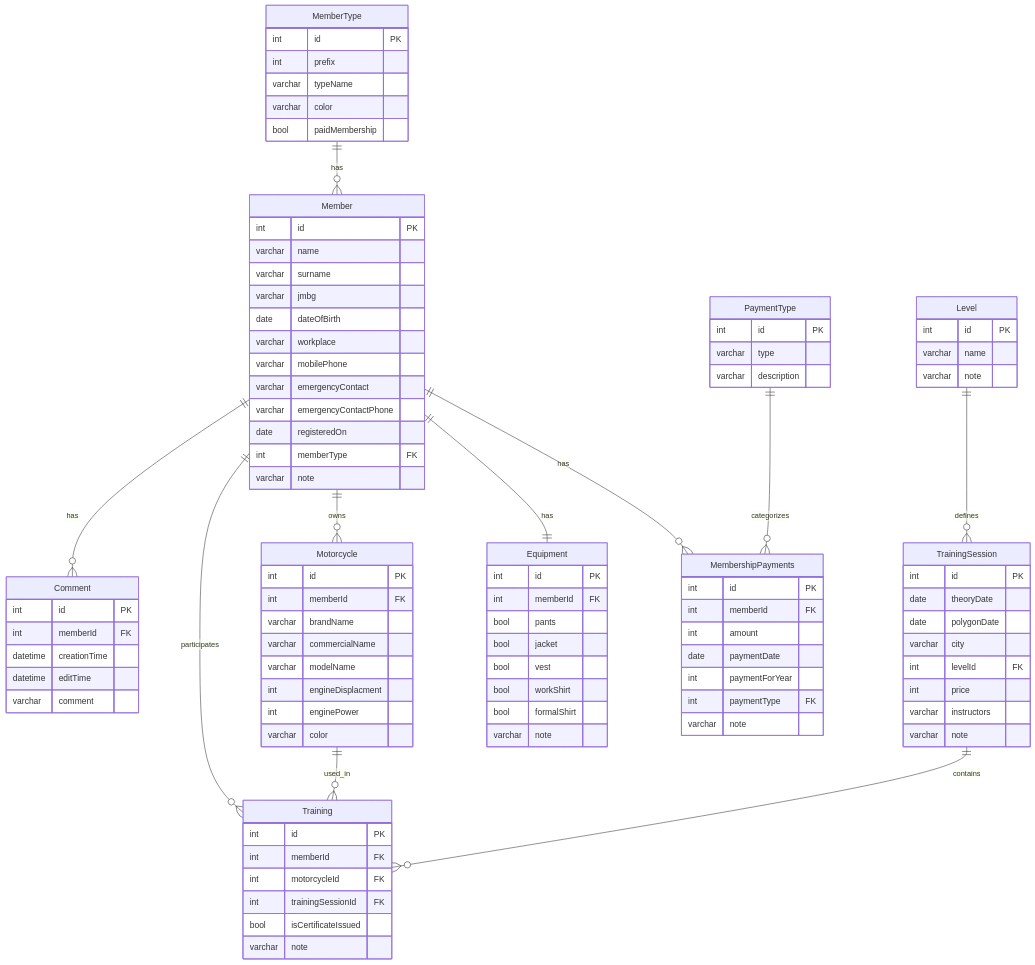
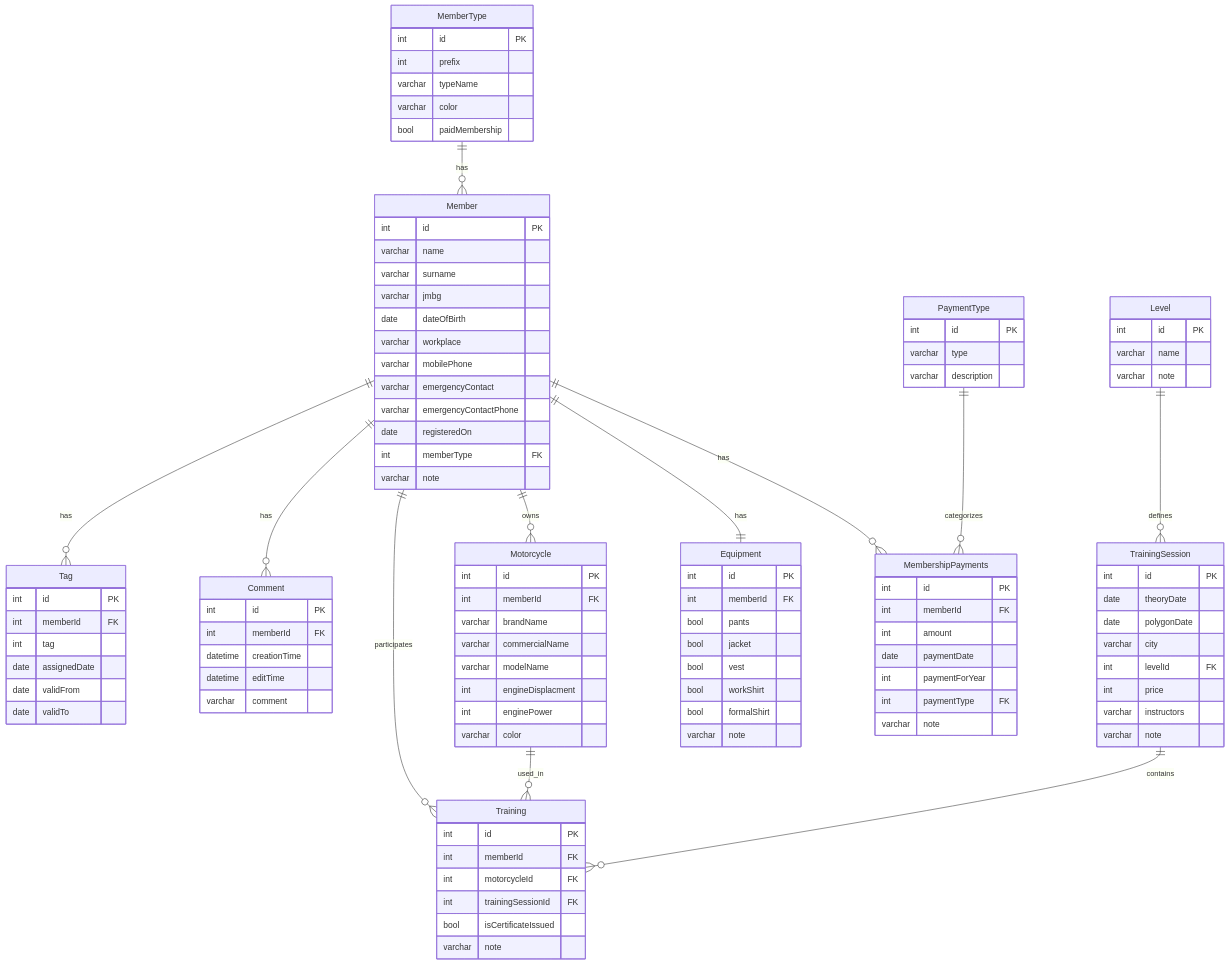
One commit to djordjevics/motoklub-bezbednost changed the diagram in database/database-diagram.md. Above: the diagram before and after it, drawn with Mermaid. The commit also changed other lines of this file and 3 other files, not shown here.

```diff
--- a/database/database-diagram.md
+++ b/database/database-diagram.md
@@ -101,6 +101,15 @@
         varchar comment
     }
 
+    Tag {
+        int id PK
+        int memberId FK
+        int tag
+        date assignedDate
+        date validFrom
+        date validTo
+    }
+
     %% Relationships
     MemberType ||--o{ Member : "has"
     Member ||--o{ MembershipPayments : "has"
@@ -108,6 +117,7 @@
     Member ||--o{ Motorcycle : "owns"
     Member ||--o{ Training : "participates"
     Member ||--o{ Comment : "has"
+    Member ||--o{ Tag : "has"
     PaymentType ||--o{ MembershipPayments : "categorizes"
     Level ||--o{ TrainingSession : "defines"
     TrainingSession ||--o{ Training : "contains"
```
